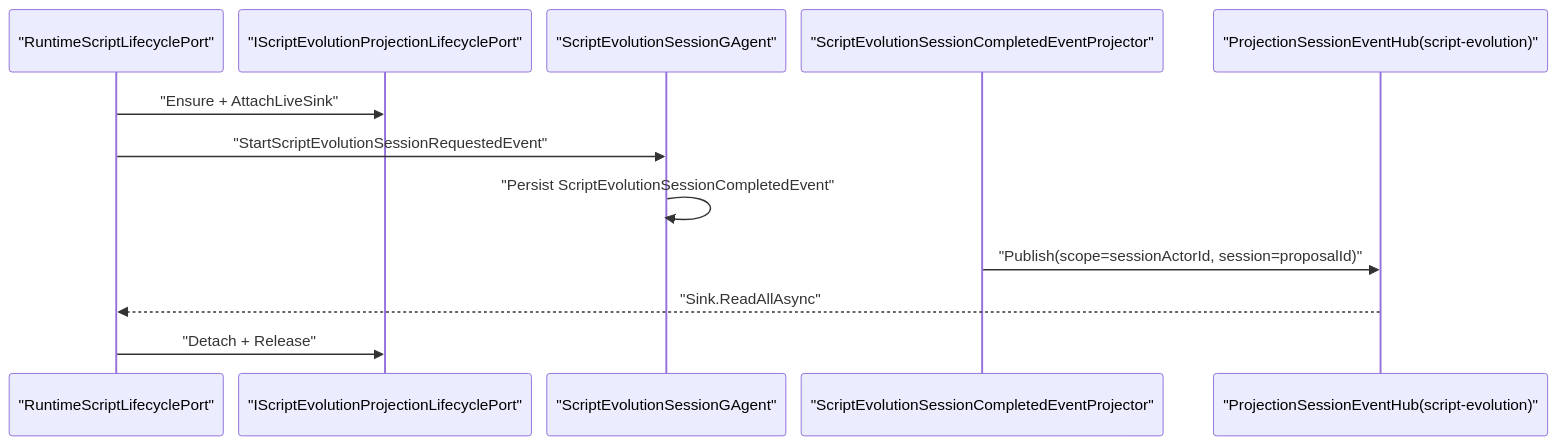
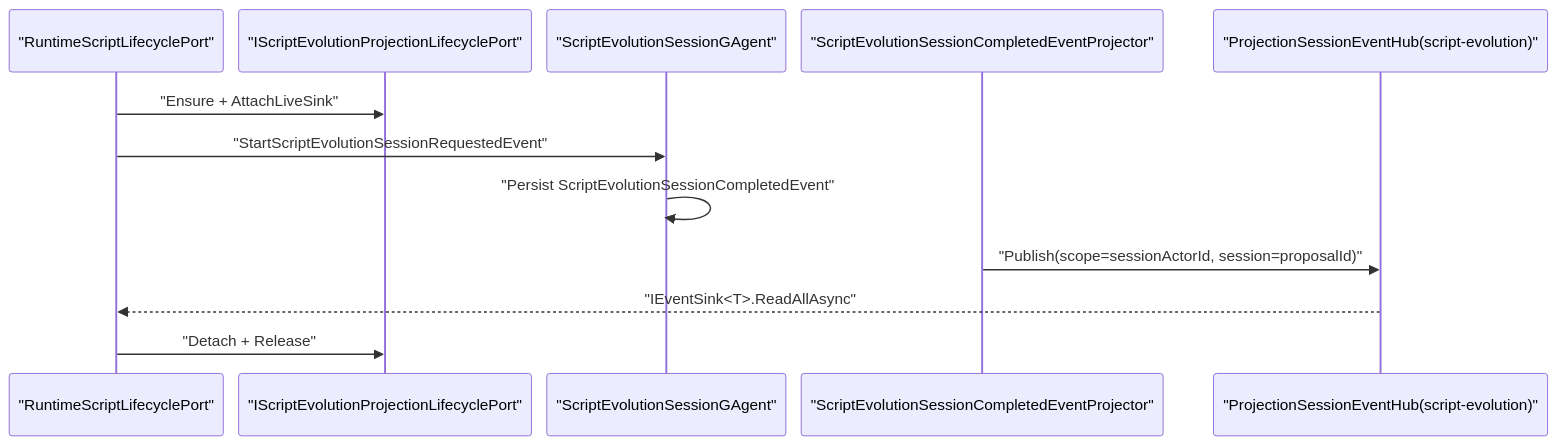
Before and after one commit to aevatarAI/aevatar: the second of 2 diagrams in docs/architecture/scripting-workflow-pushback-alignment-architecture-change-2026-03-04.md, drawn with Mermaid. The commit also changed other lines of this file and 86 other files, not shown here.

First line of the commit message:
Refactor Aevatar.CQRS architecture to enhance event sink management and projection lifecycle

````diff
--- a/docs/architecture/scripting-workflow-pushback-alignment-architecture-change-2026-03-04.md
+++ b/docs/architecture/scripting-workflow-pushback-alignment-architecture-change-2026-03-04.md
@@ -70,16 +136,16 @@
 ```mermaid
 %%{init: {"maxTextSize": 100000, "flowchart": {"useMaxWidth": false, "nodeSpacing": 10, "rankSpacing": 50}, "sequence": {"useMaxWidth": false, "actorMargin": 16, "messageMargin": 12, "diagramMarginX": 20, "diagramMarginY": 10}, "themeVariables": {"fontSize": "10px"}}}%%
 sequenceDiagram
     participant PORT as "RuntimeScriptLifecyclePort"
     participant LIFE as "IScriptEvolutionProjectionLifecyclePort"
     participant SES as "ScriptEvolutionSessionGAgent"
     participant PROJ as "ScriptEvolutionSessionCompletedEventProjector"
     participant HUB as "ProjectionSessionEventHub(script-evolution)"
 
     PORT->>LIFE: "Ensure + AttachLiveSink"
     PORT->>SES: "StartScriptEvolutionSessionRequestedEvent"
     SES->>SES: "Persist ScriptEvolutionSessionCompletedEvent"
     PROJ->>HUB: "Publish(scope=sessionActorId, session=proposalId)"
-    HUB-->>PORT: "Sink.ReadAllAsync"
+    HUB-->>PORT: "IEventSink<T>.ReadAllAsync"
     PORT->>LIFE: "Detach + Release"
 ```
````
